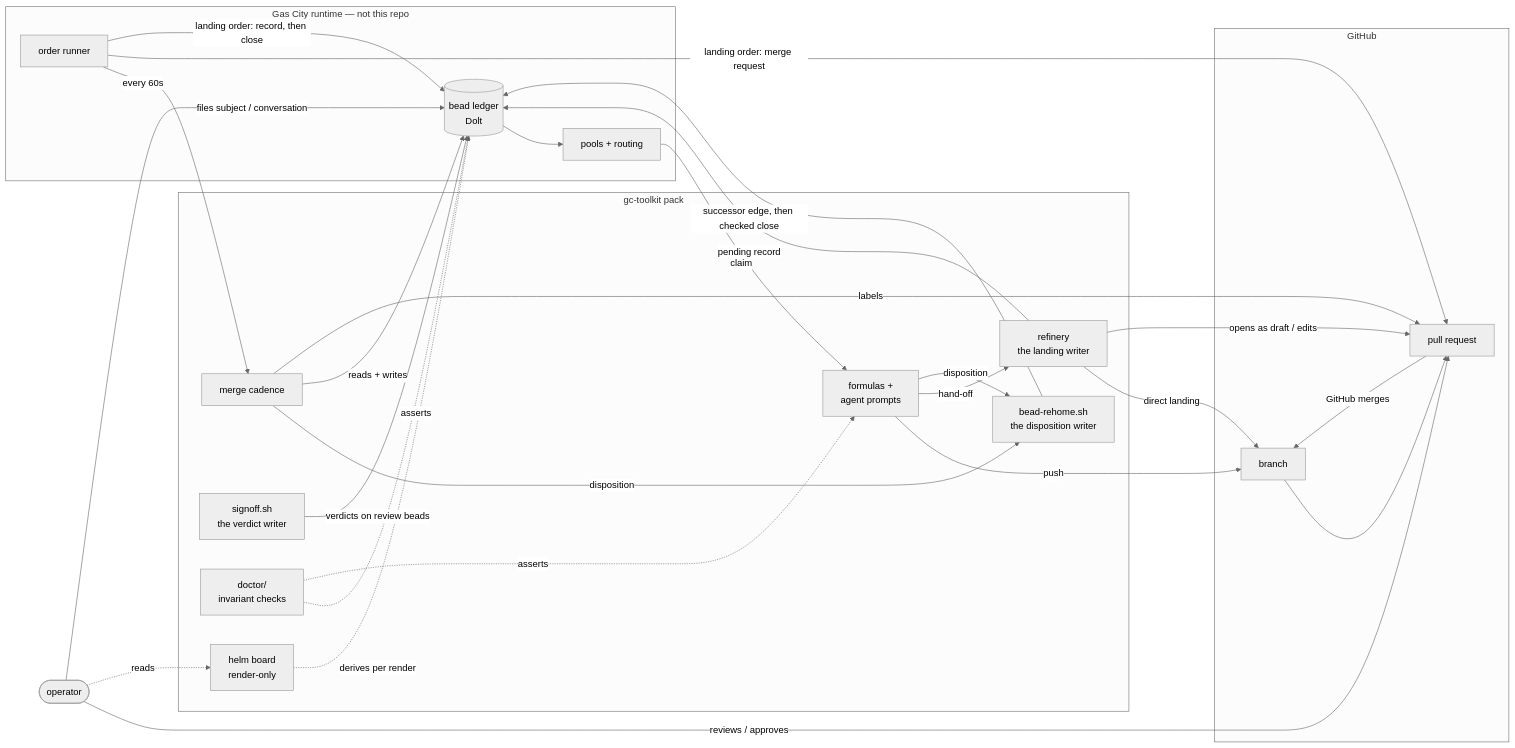
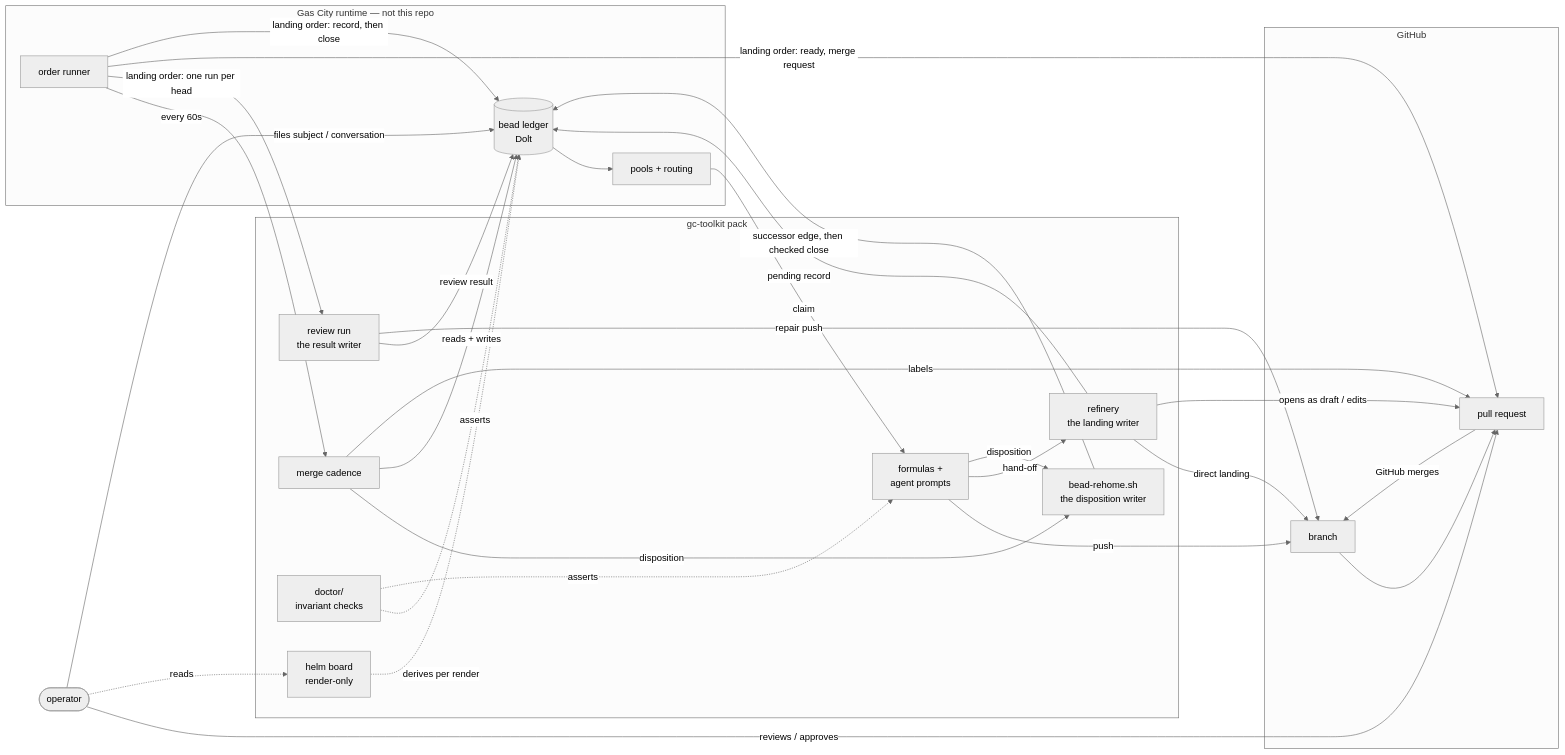
The diagram in docs/architecture.md (zookanalytics/gc-toolkit), drawn with Mermaid (neutral theme) before and after one commit. The commit also changed other lines of this file and 1 other file, not shown here.

````diff
--- a/docs/architecture.md
+++ b/docs/architecture.md
@@ -40,47 +40,49 @@
 ```mermaid
 flowchart LR
   OP([operator])
   subgraph city["Gas City runtime — not this repo"]
     LEDGER[(bead ledger<br/>Dolt)]
     POOL[pools + routing]
     ORD[order runner]
   end
   subgraph pack["gc-toolkit pack"]
     FORM[formulas +<br/>agent prompts]
     REF[refinery<br/>the landing writer]
     DISP[bead-rehome.sh<br/>the disposition writer]
     CAD[merge cadence]
-    SIGN[signoff.sh<br/>the verdict writer]
+    RUN[review run<br/>the result writer]
     DOC[doctor/<br/>invariant checks]
     HELM[helm board<br/>render-only]
   end
   subgraph git["GitHub"]
     BR[branch]
     PR[pull request]
   end
 
   OP -->|files subject / conversation| LEDGER
   OP -->|reviews / approves| PR
   OP -.->|reads| HELM
   LEDGER --> POOL
   POOL -->|claim| FORM
   FORM -->|push| BR
   FORM -->|hand-off| REF
   REF -->|direct landing| BR
   REF -->|opens as draft / edits| PR
   REF -->|pending record| LEDGER
   FORM -->|disposition| DISP
   CAD -->|disposition| DISP
   DISP -->|successor edge, then checked close| LEDGER
-  SIGN -->|verdicts on review beads| LEDGER
+  RUN -->|review result| LEDGER
+  RUN -->|repair push| BR
   ORD -->|every 60s| CAD
-  ORD -->|landing order: merge request| PR
+  ORD -->|landing order: one run per head| RUN
+  ORD -->|landing order: ready, merge request| PR
   ORD -->|landing order: record, then close| LEDGER
   CAD -->|reads + writes| LEDGER
   CAD -->|labels| PR
   BR --> PR
   PR -->|GitHub merges| BR
   HELM -.->|derives per render| LEDGER
   DOC -.->|asserts| LEDGER
   DOC -.->|asserts| FORM
 ```
````
